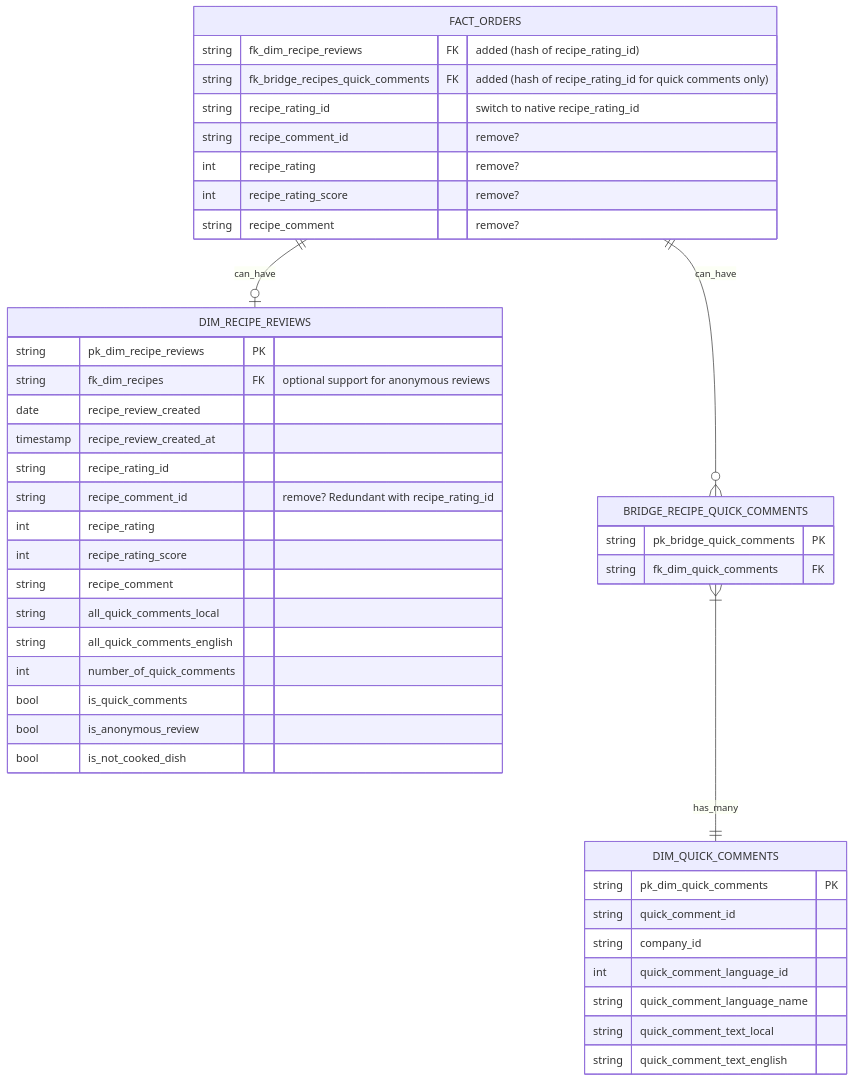
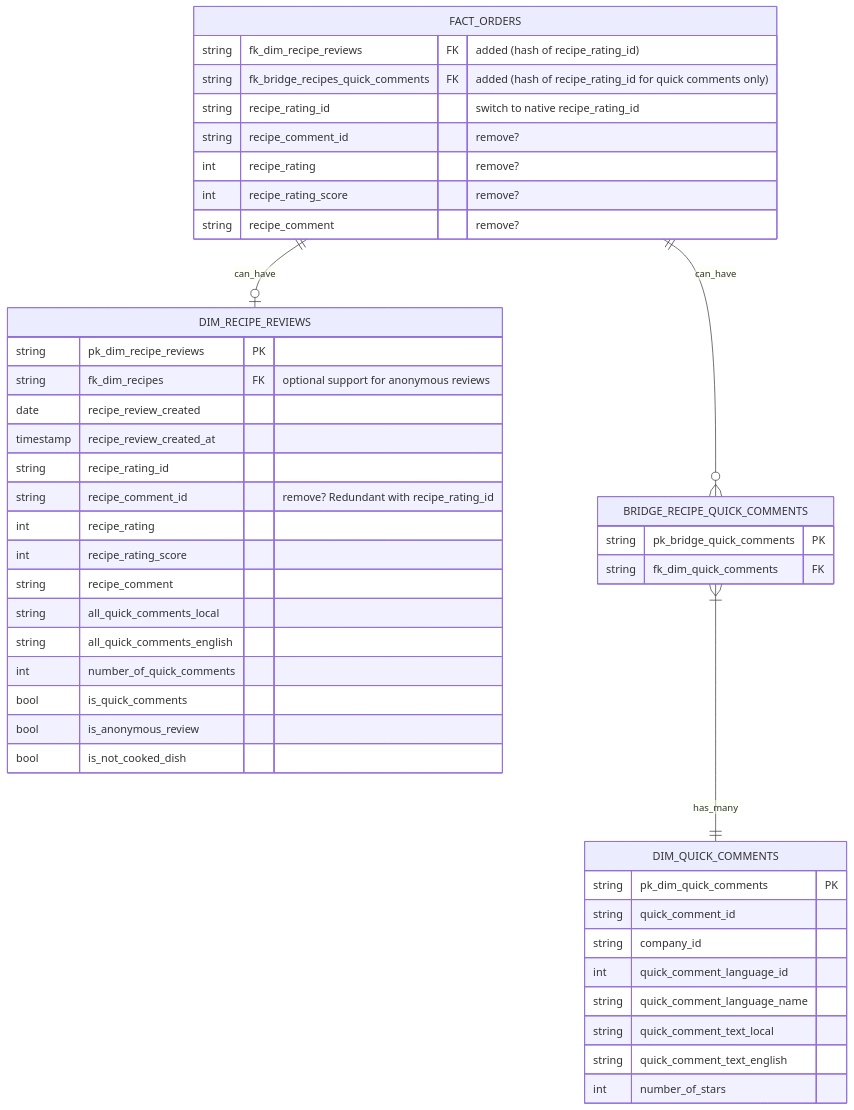
Before and after one commit to comegrant/misc_doc: the diagram in add_reviews_to_pbi.md, drawn with Mermaid.

````diff
--- a/add_reviews_to_pbi.md
+++ b/add_reviews_to_pbi.md
@@ -20,48 +20,49 @@
 ```mermaid
 erDiagram
 direction TB
 FACT_ORDERS ||--o| DIM_RECIPE_REVIEWS: can_have
 FACT_ORDERS ||--o{ BRIDGE_RECIPE_QUICK_COMMENTS: can_have
 BRIDGE_RECIPE_QUICK_COMMENTS }|--|| DIM_QUICK_COMMENTS: has_many
 
 
 FACT_ORDERS {
     string fk_dim_recipe_reviews FK "added (hash of recipe_rating_id)"
     string fk_bridge_recipes_quick_comments FK "added (hash of recipe_rating_id for quick comments only)"
     string recipe_rating_id "switch to native recipe_rating_id"
     string recipe_comment_id "remove?"
     int recipe_rating "remove?"
     int recipe_rating_score "remove?"
     string recipe_comment "remove?"
 }
 DIM_RECIPE_REVIEWS {
     string pk_dim_recipe_reviews PK
     string fk_dim_recipes FK "optional support for anonymous reviews"
     date recipe_review_created
     timestamp recipe_review_created_at
     string recipe_rating_id
     string recipe_comment_id "remove? Redundant with recipe_rating_id"
     int recipe_rating
     int recipe_rating_score
     string recipe_comment
     string all_quick_comments_local
     string all_quick_comments_english
     int number_of_quick_comments
     bool is_quick_comments
     bool is_anonymous_review
     bool is_not_cooked_dish
 }
 BRIDGE_RECIPE_QUICK_COMMENTS {
     string pk_bridge_quick_comments PK
     string fk_dim_quick_comments FK
 }
 DIM_QUICK_COMMENTS {
     string pk_dim_quick_comments PK
     string quick_comment_id 
     string company_id
     int quick_comment_language_id
     string quick_comment_language_name
     string quick_comment_text_local
     string quick_comment_text_english
+    int number_of_stars
 }
 ```
````
